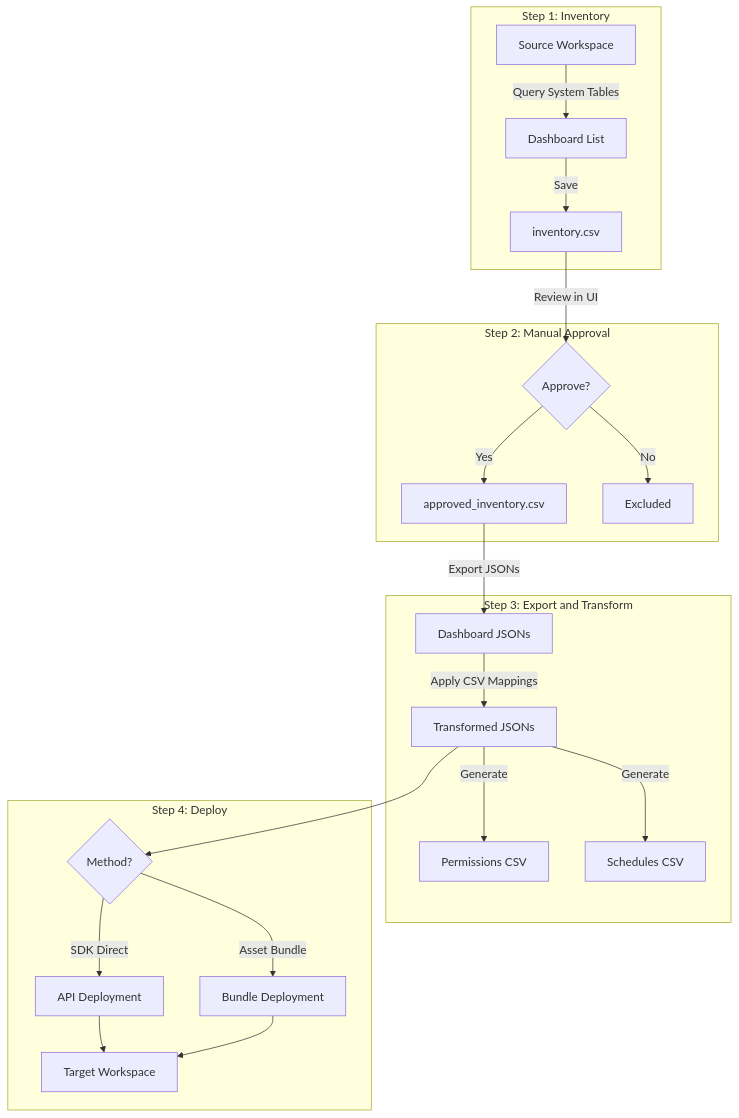
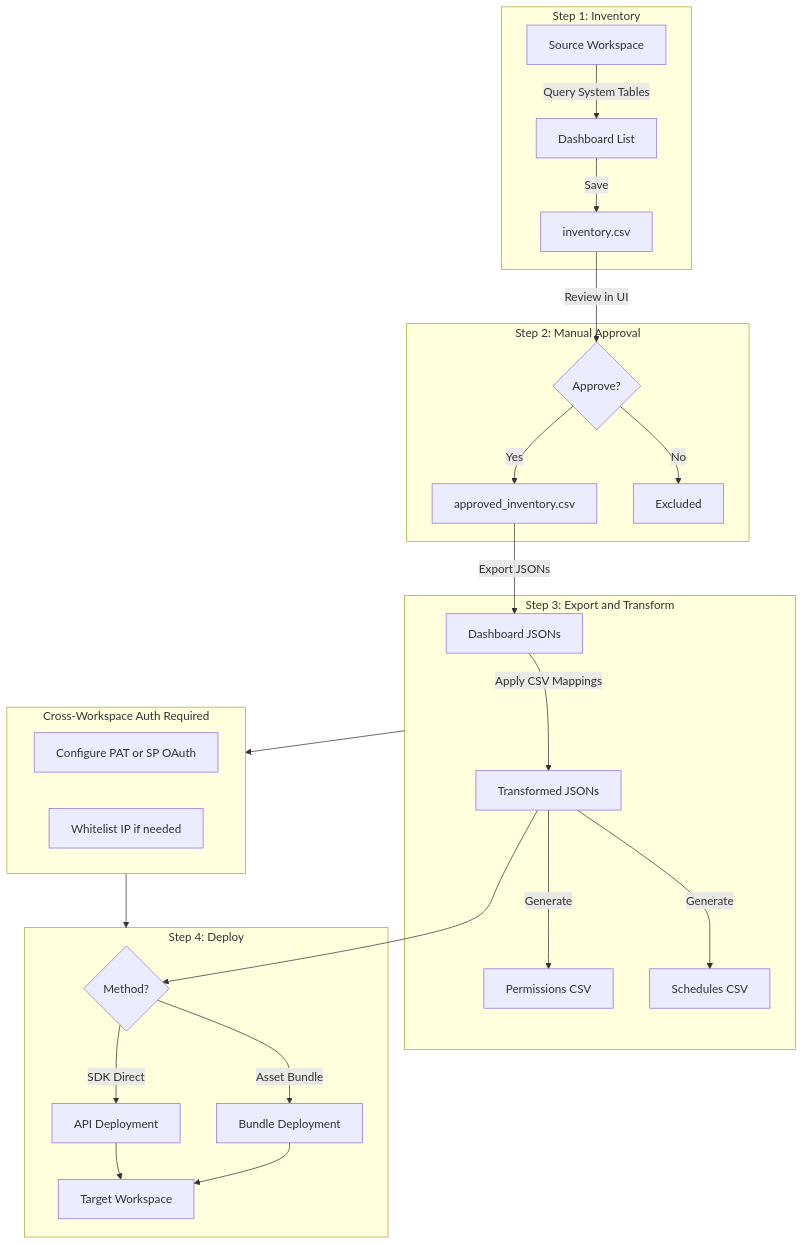
One commit to archana986/databricks-dashboard-migration changed the third of 3 diagrams in README.md. Above: the diagram before and after it, drawn with Mermaid. The commit also changed other lines of this file, not shown here.

First line of the commit message:
Comprehensive README update with auth flows and getting started options

````diff
--- a/README.md
+++ b/README.md
@@ -49,28 +215,36 @@
 ```mermaid
 flowchart TD
     subgraph step1 [Step 1: Inventory]
         A[Source Workspace] -->|Query System Tables| B[Dashboard List]
         B -->|Save| C[inventory.csv]
     end
     
     subgraph step2 [Step 2: Manual Approval]
         C -->|Review in UI| D{Approve?}
         D -->|Yes| E[approved_inventory.csv]
         D -->|No| F[Excluded]
     end
     
     subgraph step3 [Step 3: Export and Transform]
         E -->|Export JSONs| G[Dashboard JSONs]
         G -->|Apply CSV Mappings| H[Transformed JSONs]
         H -->|Generate| I[Permissions CSV]
         H -->|Generate| J[Schedules CSV]
     end
     
+    subgraph auth [Cross-Workspace Auth Required]
+        K[Configure PAT or SP OAuth]
+        L[Whitelist IP if needed]
+    end
+    
     subgraph step4 [Step 4: Deploy]
-        H --> K{Method?}
-        K -->|SDK Direct| L[API Deployment]
-        K -->|Asset Bundle| M[Bundle Deployment]
-        L --> N[Target Workspace]
-        M --> N
+        H --> M{Method?}
+        M -->|SDK Direct| N[API Deployment]
+        M -->|Asset Bundle| O[Bundle Deployment]
+        N --> P[Target Workspace]
+        O --> P
     end
+    
+    step3 --> auth
+    auth --> step4
 ```
````
